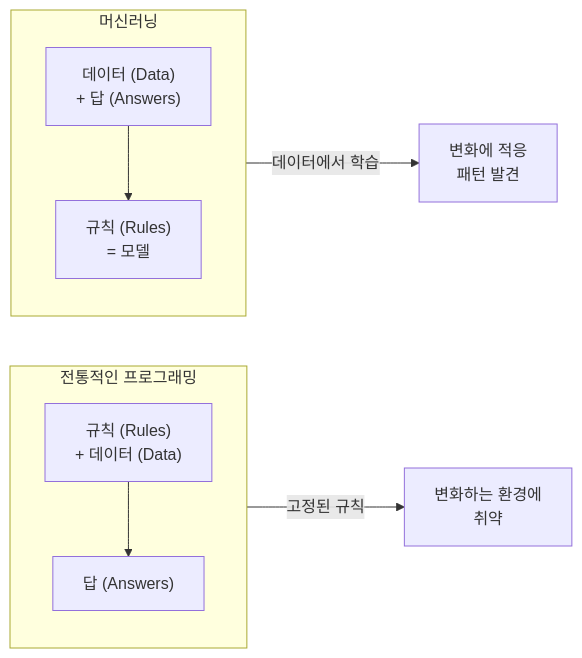
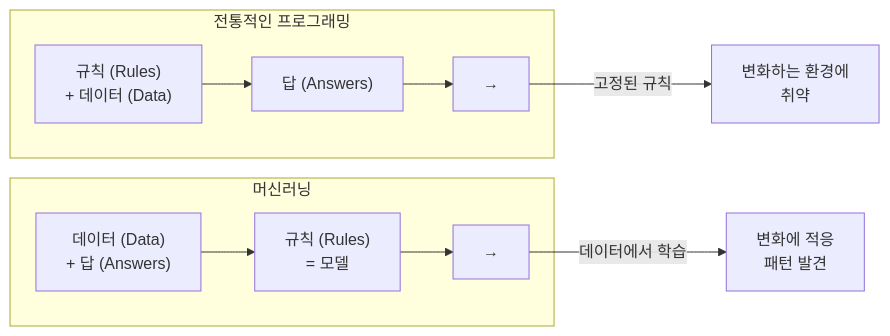
The first of 8 diagrams in ai-programming/02_머신러닝/01_ML_개념.md (jingu279/Document), drawn with Mermaid before and after one commit. The commit also changed other lines of this file and 9 other files, not shown here.

Commit message:
Fix all broken Mermaid diagrams across AI book (cross-subgraph connections, reserved keywords, duplicate nodes)

````diff
--- a/ai-programming/02_머신러닝/01_ML_개념.md
+++ b/ai-programming/02_머신러닝/01_ML_개념.md
@@ -15,13 +15,15 @@
 ```mermaid
 flowchart LR
   subgraph Traditional[전통적인 프로그래밍]
     TP["규칙 (Rules)<br/>+ 데이터 (Data)"] --> TOut["답 (Answers)"]
+    TOut --> Trad_O["→"]
   end
 
   subgraph ML[머신러닝]
     MLIn["데이터 (Data)<br/>+ 답 (Answers)"] --> MLOut["규칙 (Rules)<br/>= 모델"]
+    MLOut --> ML_O["→"]
   end
 
-  Traditional -->|"고정된 규칙"| Limit["변화하는 환경에<br/>취약"]
-  ML -->|"데이터에서 학습"| Adaptive["변화에 적응<br/>패턴 발견"]
+  Trad_O -->|"고정된 규칙"| Limit["변화하는 환경에<br/>취약"]
+  ML_O -->|"데이터에서 학습"| Adaptive["변화에 적응<br/>패턴 발견"]
 ```
````
